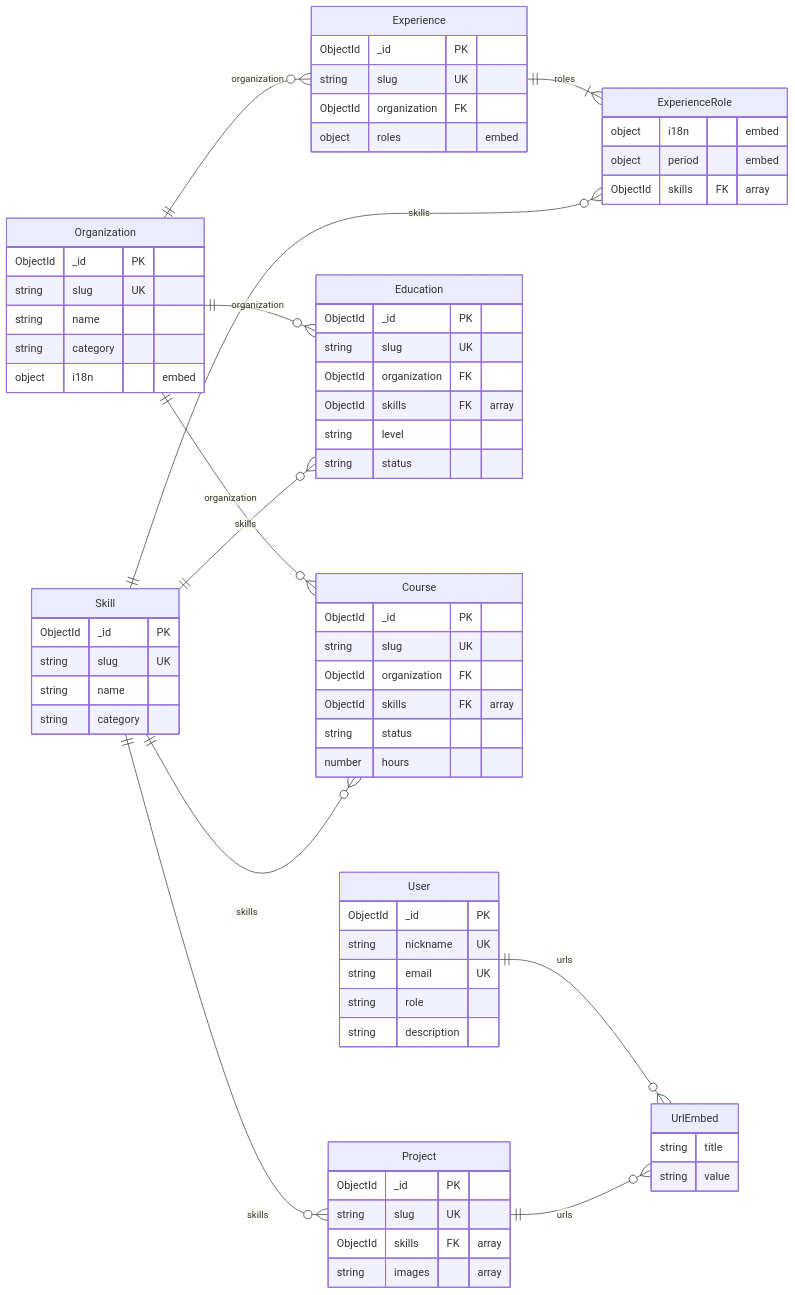
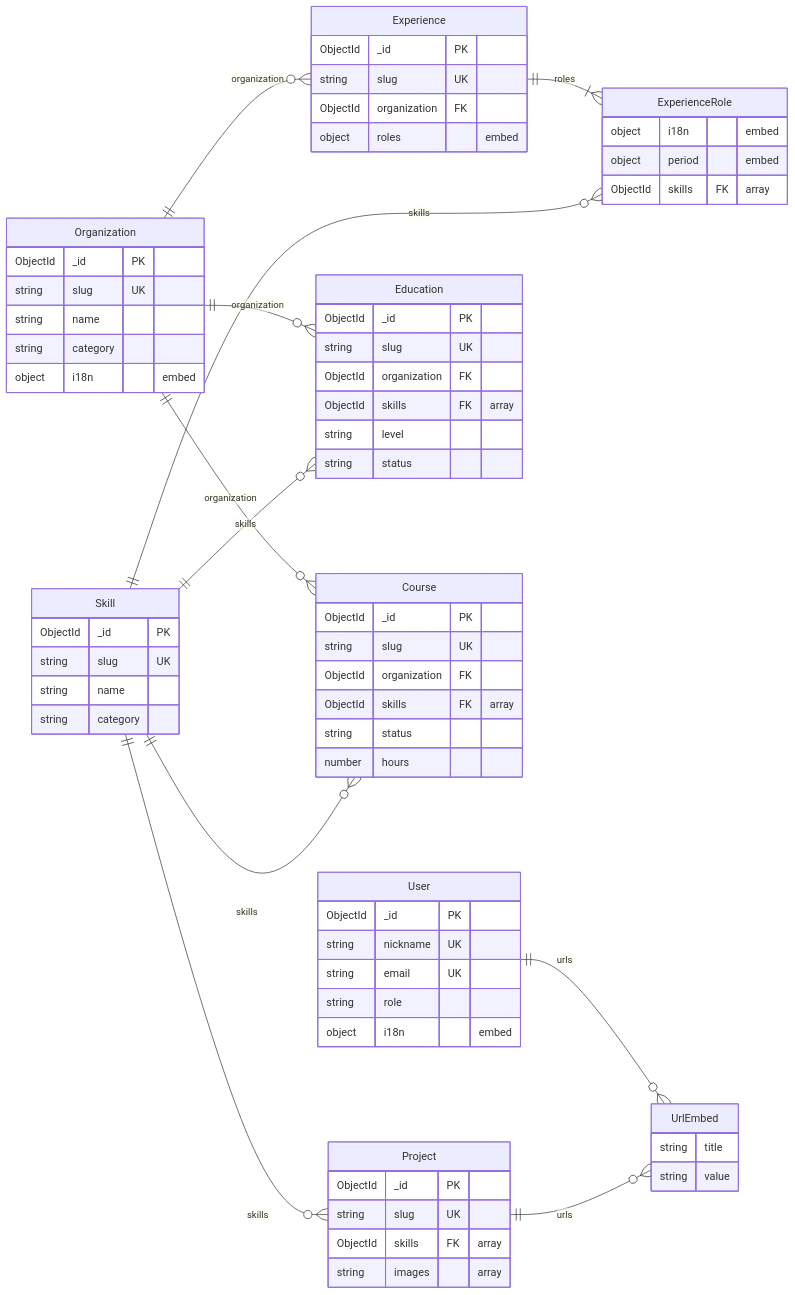
One commit to YaGRRusso/profile-info changed the diagram in apps/api/docs/ER_MODEL.md. Above: the diagram before and after it, drawn with Mermaid. The commit also changed other lines of this file and 17 other files, not shown here.

````diff
--- a/apps/api/docs/ER_MODEL.md
+++ b/apps/api/docs/ER_MODEL.md
@@ -22,71 +22,71 @@
 ```mermaid
 erDiagram
   direction LR
   User {
     ObjectId _id PK
     string nickname UK
     string email UK
     string role
-    string description
+    object i18n "embed"
   }
   UrlEmbed {
     string title
     string value
   }
   Organization {
     ObjectId _id PK
     string slug UK
     string name
     string category
     object i18n "embed"
   }
   Experience {
     ObjectId _id PK
     string slug UK
     ObjectId organization FK
     object roles "embed"
   }
   ExperienceRole {
     object i18n "embed"
     object period "embed"
     ObjectId skills FK "array"
   }
   Education {
     ObjectId _id PK
     string slug UK
     ObjectId organization FK
     ObjectId skills FK "array"
     string level
     string status
   }
   Course {
     ObjectId _id PK
     string slug UK
     ObjectId organization FK
     ObjectId skills FK "array"
     string status
     number hours
   }
   Project {
     ObjectId _id PK
     string slug UK
     ObjectId skills FK "array"
     string images "array"
   }
   Skill {
     ObjectId _id PK
     string slug UK
     string name
     string category
   }
   User ||--o{ UrlEmbed : urls
   Project ||--o{ UrlEmbed : urls
   Organization ||--o{ Experience : organization
   Organization ||--o{ Education : organization
   Organization ||--o{ Course : organization
   Experience ||--|{ ExperienceRole : roles
   Skill ||--o{ ExperienceRole : skills
   Skill ||--o{ Education : skills
   Skill ||--o{ Course : skills
   Skill ||--o{ Project : skills
 ```
````
